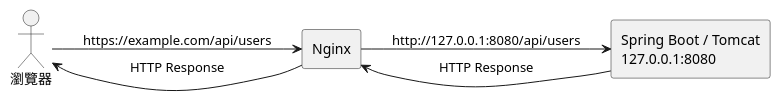
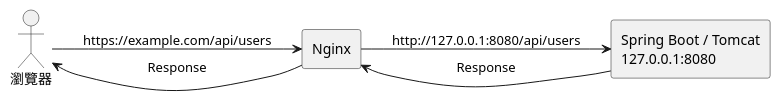
The first of 6 diagrams in docs/modules/ROOT/pages/network/nginx-guide.adoc (BucketHsu/BucketHsu.github.io), drawn with PlantUML before and after one commit. The commit also changed other lines of this file, not shown here.

Commit message:
docs: 整合 Nginx 實務內容為單一指南

```diff
--- a/docs/modules/ROOT/pages/network/nginx-guide.adoc
+++ b/docs/modules/ROOT/pages/network/nginx-guide.adoc
@@ -56,15 +33,15 @@
 [plantuml,nginx-reverse-proxy-flow,svg]
 ----
 @startuml
 left to right direction
 
-actor User as "瀏覽器"
+actor Browser as "瀏覽器"
 rectangle Nginx
 rectangle App as "Spring Boot / Tomcat\n127.0.0.1:8080"
 
-User -> Nginx : https://example.com/api/users
+Browser -> Nginx : https://example.com/api/users
 Nginx -> App : http://127.0.0.1:8080/api/users
-App --> Nginx : HTTP Response
-Nginx --> User : HTTP Response
+App --> Nginx : Response
+Nginx --> Browser : Response
 @enduml
 ----
```
